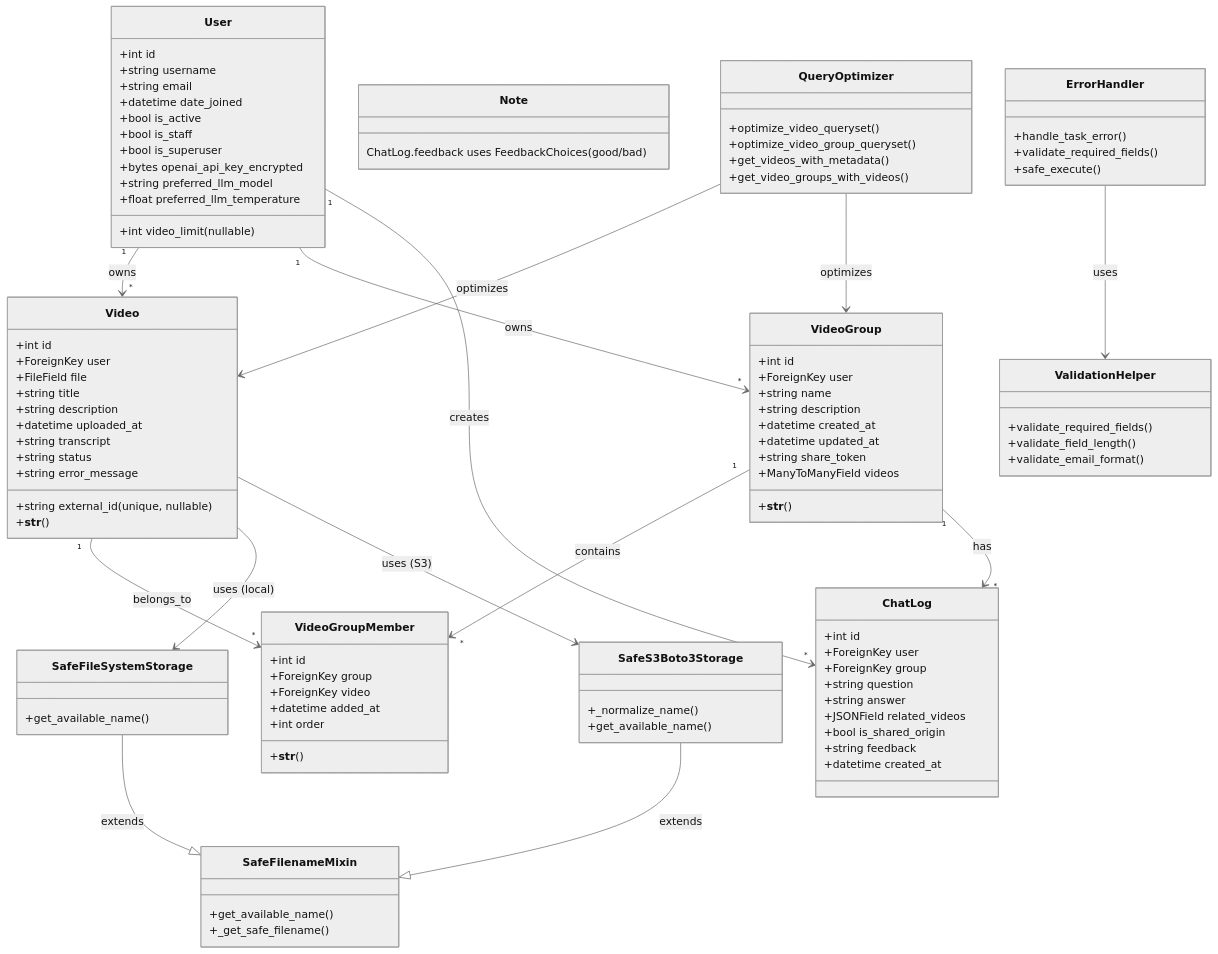
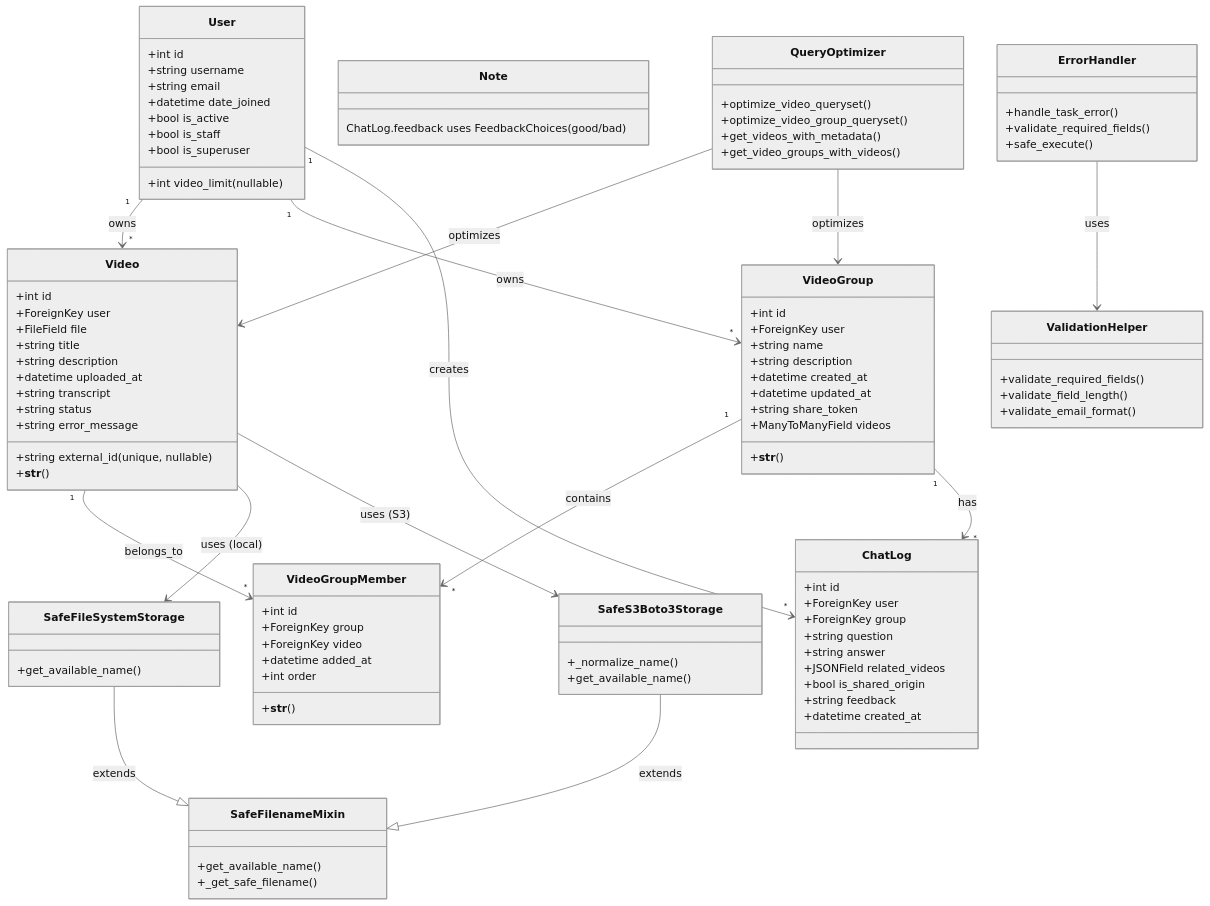
The first of 3 diagrams in docs/design/class-diagram.md (yukiharada1228/videoq), drawn with Mermaid (neutral theme) before and after one commit. The commit also changed 6 other files, not shown here.

```diff
--- a/docs/design/class-diagram.md
+++ b/docs/design/class-diagram.md
@@ -16,10 +16,7 @@
         +bool is_active
         +bool is_staff
         +bool is_superuser
-        +bytes openai_api_key_encrypted
         +int video_limit (nullable)
-        +string preferred_llm_model
-        +float preferred_llm_temperature
     }
     
     class Video {
```
